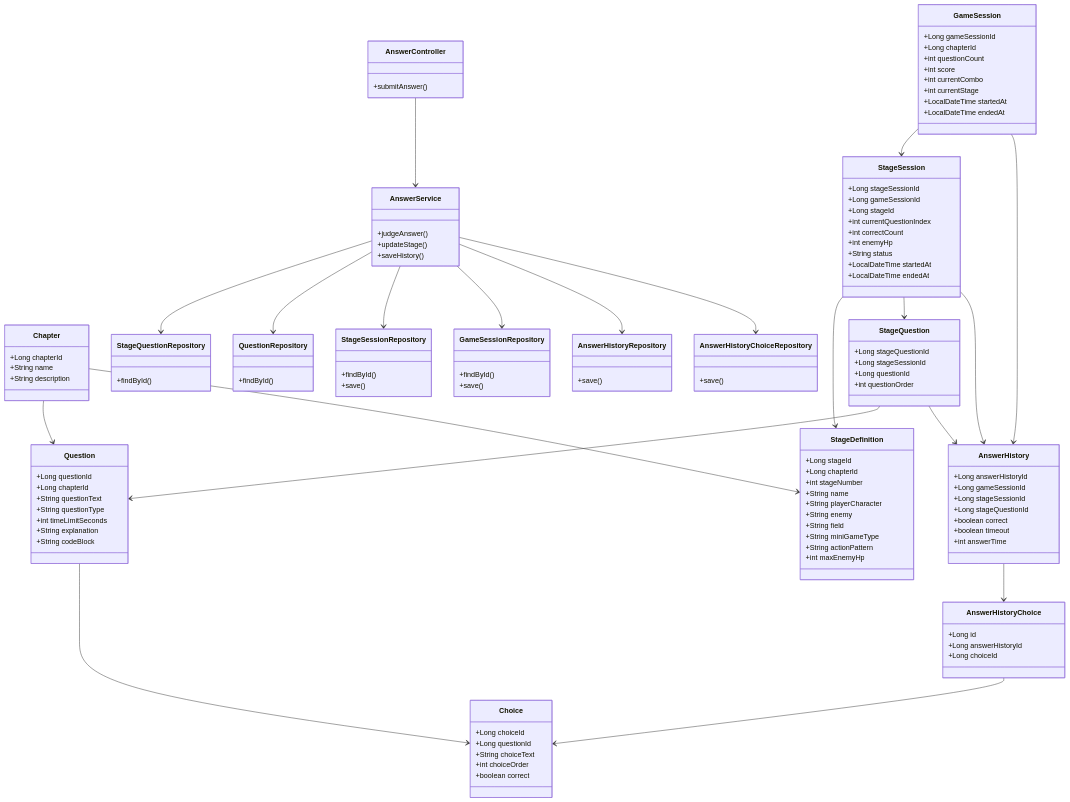
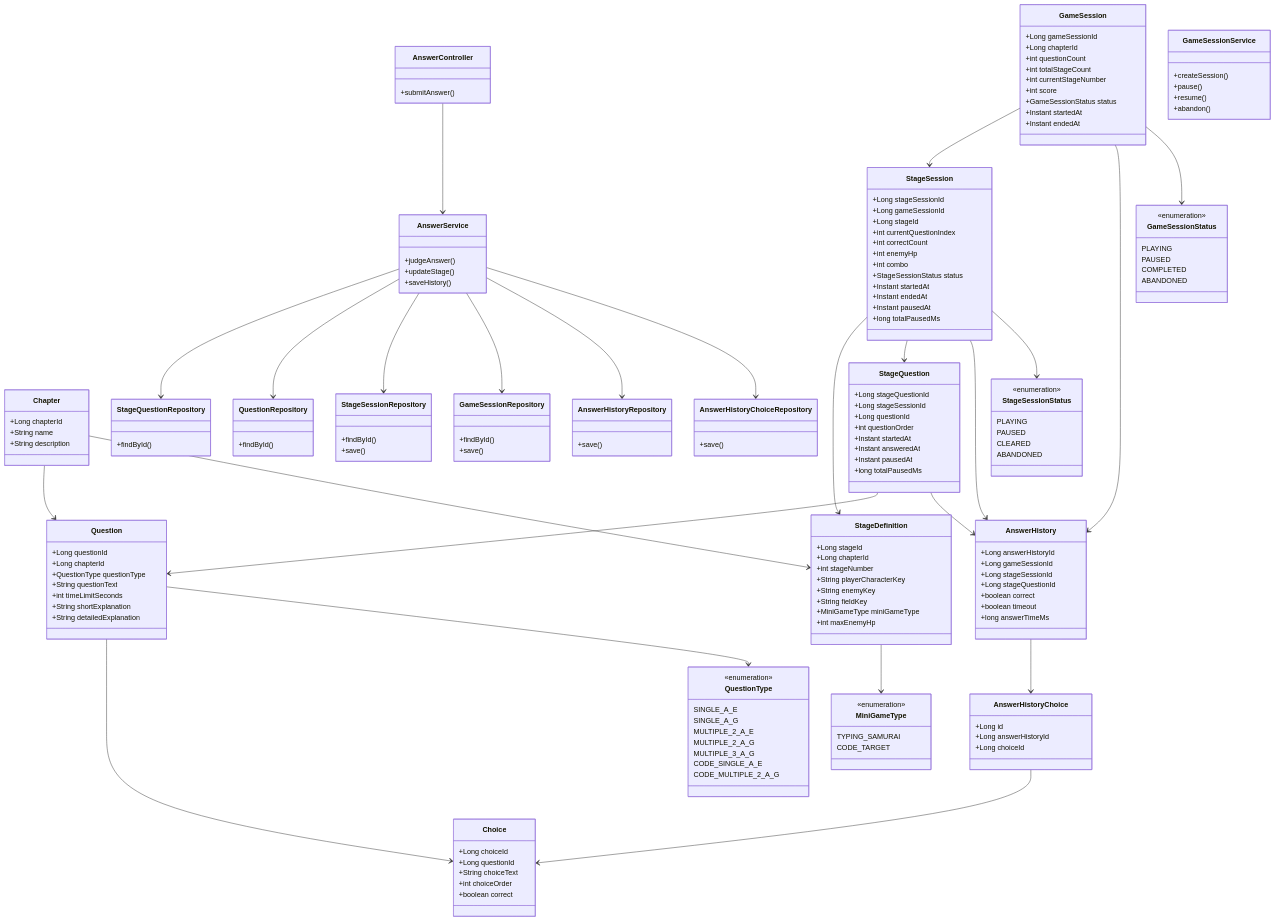
One commit to suu-dev-0203/graduation_JAVAgame changed diagram 23 of 30 in README.md. Above: the diagram before and after it, drawn with Mermaid. The commit also changed other lines of this file, not shown here.

```diff
--- a/README.md
+++ b/README.md
@@ -789,11 +892,11 @@
     class Question {
         +Long questionId
         +Long chapterId
+        +QuestionType questionType
         +String questionText
-        +String questionType
         +int timeLimitSeconds
-        +String explanation
-        +String codeBlock
+        +String shortExplanation
+        +String detailedExplanation
     }
     class Choice {
         +Long choiceId
@@ -806,23 +909,22 @@
         +Long stageId
         +Long chapterId
         +int stageNumber
-        +String name
-        +String playerCharacter
-        +String enemy
-        +String field
-        +String miniGameType
-        +String actionPattern
+        +String playerCharacterKey
+        +String enemyKey
+        +String fieldKey
+        +MiniGameType miniGameType
         +int maxEnemyHp
     }
     class GameSession {
         +Long gameSessionId
         +Long chapterId
         +int questionCount
+        +int totalStageCount
+        +int currentStageNumber
         +int score
-        +int currentCombo
-        +int currentStage
-        +LocalDateTime startedAt
-        +LocalDateTime endedAt
+        +GameSessionStatus status
+        +Instant startedAt
+        +Instant endedAt
     }
     class StageSession {
         +Long stageSessionId
@@ -831,15 +933,22 @@
         +int currentQuestionIndex
         +int correctCount
         +int enemyHp
-        +String status
-        +LocalDateTime startedAt
-        +LocalDateTime endedAt
+        +int combo
+        +StageSessionStatus status
+        +Instant startedAt
+        +Instant endedAt
+        +Instant pausedAt
+        +long totalPausedMs
     }
     class StageQuestion {
         +Long stageQuestionId
         +Long stageSessionId
         +Long questionId
         +int questionOrder
+        +Instant startedAt
+        +Instant answeredAt
+        +Instant pausedAt
+        +long totalPausedMs
     }
     class AnswerHistory {
         +Long answerHistoryId
@@ -848,7 +957,7 @@
         +Long stageQuestionId
         +boolean correct
         +boolean timeout
-        +int answerTime
+        +long answerTimeMs
     }
     class AnswerHistoryChoice {
         +Long id
@@ -862,6 +971,12 @@
         +judgeAnswer()
         +updateStage()
         +saveHistory()
+    }
+    class GameSessionService {
+        +createSession()
+        +pause()
+        +resume()
+        +abandon()
     }
     class StageQuestionRepository {
         +findById()
@@ -883,10 +998,40 @@
     class AnswerHistoryChoiceRepository {
         +save()
     }
+    class QuestionType {
+        <<enumeration>>
+        SINGLE_A_E
+        SINGLE_A_G
+        MULTIPLE_2_A_E
+        MULTIPLE_2_A_G
+        MULTIPLE_3_A_G
+        CODE_SINGLE_A_E
+        CODE_MULTIPLE_2_A_G
+    }
+    class MiniGameType {
+        <<enumeration>>
+        TYPING_SAMURAI
+        CODE_TARGET
+    }
+    class GameSessionStatus {
+        <<enumeration>>
+        PLAYING
+        PAUSED
+        COMPLETED
+        ABANDONED
+    }
+    class StageSessionStatus {
+        <<enumeration>>
+        PLAYING
+        PAUSED
+        CLEARED
+        ABANDONED
+    }
 
     Chapter --> Question
     Question --> Choice
     Chapter --> StageDefinition
+    StageDefinition --> MiniGameType
     GameSession --> StageSession
     StageSession --> StageDefinition
     StageSession --> StageQuestion
@@ -896,6 +1041,9 @@
     StageQuestion --> AnswerHistory
     AnswerHistory --> AnswerHistoryChoice
     AnswerHistoryChoice --> Choice
+    Question --> QuestionType
+    GameSession --> GameSessionStatus
+    StageSession --> StageSessionStatus
     AnswerController --> AnswerService
     AnswerService --> StageQuestionRepository
     AnswerService --> QuestionRepository
```
